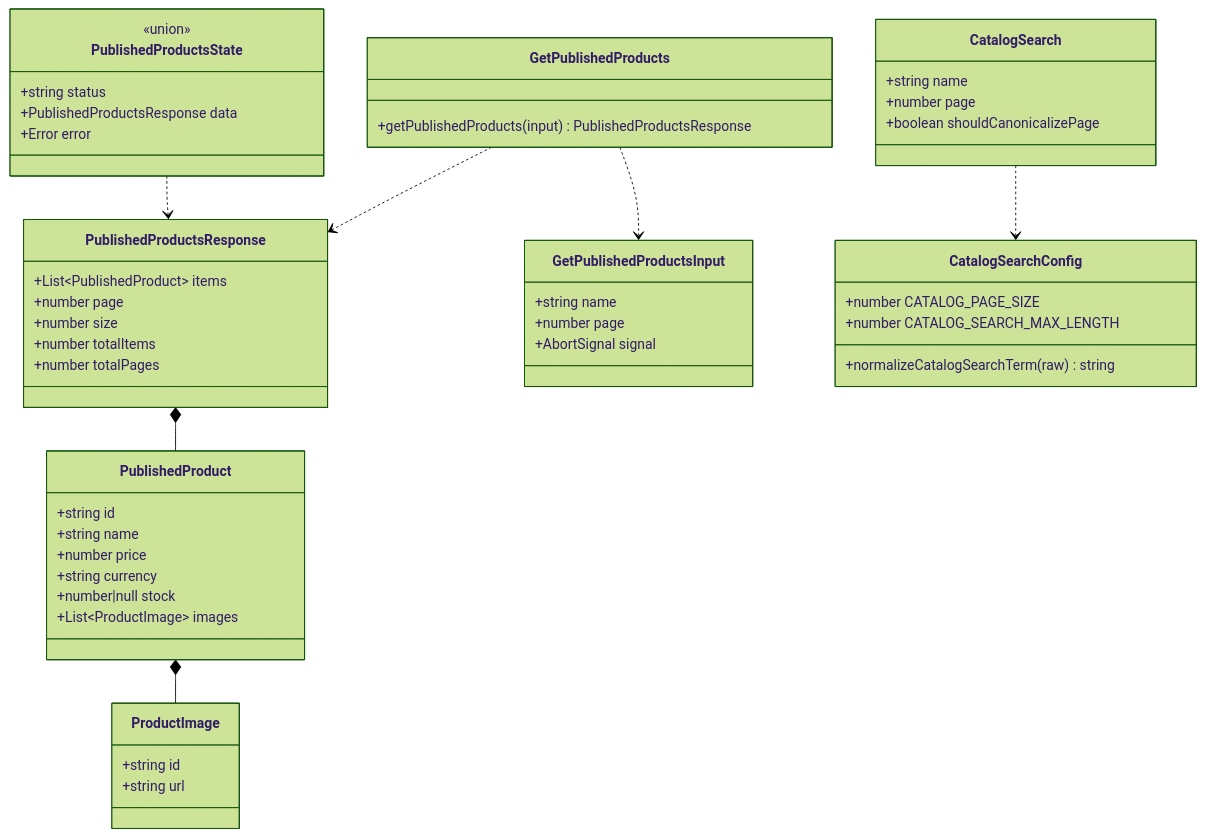
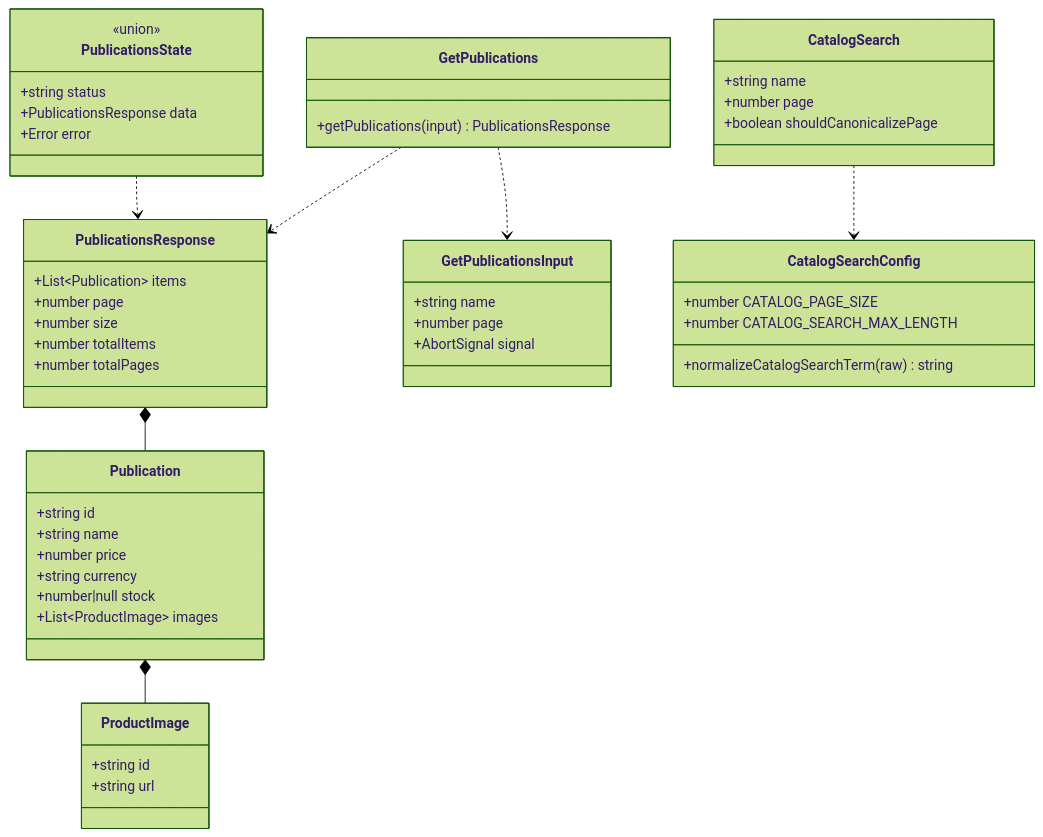
The second of 5 diagrams in specs/002-storefront-product-grid/uml.md (Dariosoft/fes-client-web), drawn with Mermaid (forest theme) before and after one commit. The commit also changed other lines of this file and 14 other files, not shown here.

````diff
--- a/specs/002-storefront-product-grid/uml.md
+++ b/specs/002-storefront-product-grid/uml.md
@@ -71,60 +71,60 @@
 ```mermaid
 classDiagram
-  class PublishedProductsResponse {
-    +List~PublishedProduct~ items
+  class PublicationsResponse {
+    +List~Publication~ items
     +number page
     +number size
     +number totalItems
     +number totalPages
   }
 
-  class PublishedProduct {
+  class Publication {
     +string id
     +string name
     +number price
     +string currency
     +number|null stock
     +List~ProductImage~ images
   }
 
   class ProductImage {
     +string id
     +string url
   }
 
   class CatalogSearch {
     +string name
     +number page
     +boolean shouldCanonicalizePage
   }
 
   class CatalogSearchConfig {
     +number CATALOG_PAGE_SIZE
     +number CATALOG_SEARCH_MAX_LENGTH
     +normalizeCatalogSearchTerm(raw) string
   }
 
-  class GetPublishedProductsInput {
+  class GetPublicationsInput {
     +string name
     +number page
     +AbortSignal signal
   }
 
-  class GetPublishedProducts {
-    +getPublishedProducts(input) PublishedProductsResponse
+  class GetPublications {
+    +getPublications(input) PublicationsResponse
   }
 
-  class PublishedProductsState {
+  class PublicationsState {
     <<union>>
     +string status
-    +PublishedProductsResponse data
+    +PublicationsResponse data
     +Error error
   }
 
-  PublishedProductsResponse *-- PublishedProduct
-  PublishedProduct *-- ProductImage
+  PublicationsResponse *-- Publication
+  Publication *-- ProductImage
   CatalogSearch ..> CatalogSearchConfig
-  GetPublishedProducts ..> GetPublishedProductsInput
-  GetPublishedProducts ..> PublishedProductsResponse
-  PublishedProductsState ..> PublishedProductsResponse
+  GetPublications ..> GetPublicationsInput
+  GetPublications ..> PublicationsResponse
+  PublicationsState ..> PublicationsResponse
 ```
````
